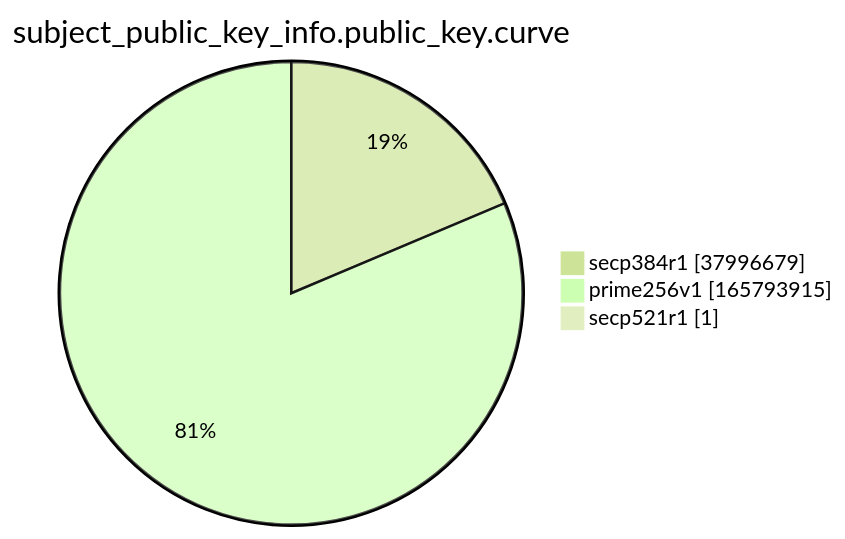
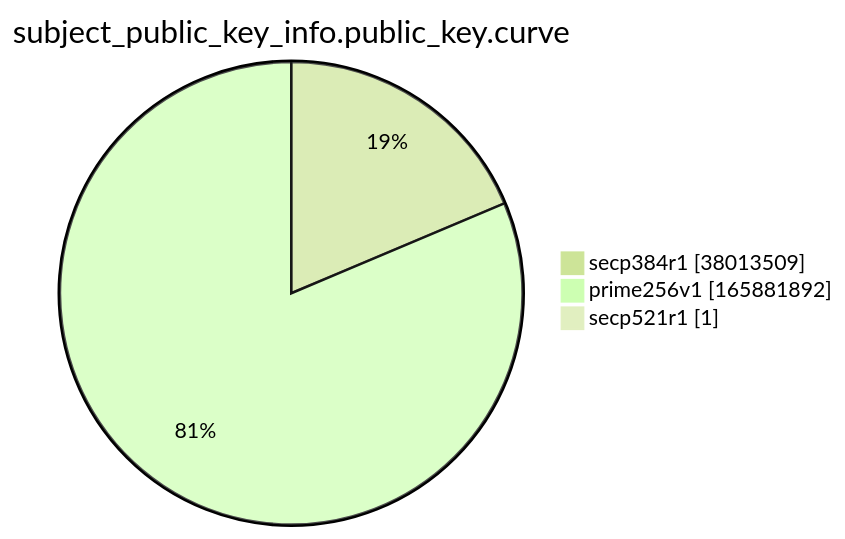
One commit to christiankrug/ctmonitor_visualization changed the ninth of 15 diagrams in argon2022/README.md. Above: the diagram before and after it, drawn with Mermaid (forest theme). The commit also changed other lines of this file, not shown here.

````diff
--- a/argon2022/README.md
+++ b/argon2022/README.md
@@ -2766,7 +2766,7 @@
 ```mermaid
 pie showData
 title subject_public_key_info.public_key.curve
-"secp384r1" :37996679
-"prime256v1" :165793915
+"secp384r1" :38013509
+"prime256v1" :165881892
 "secp521r1" :1
 ```
````
